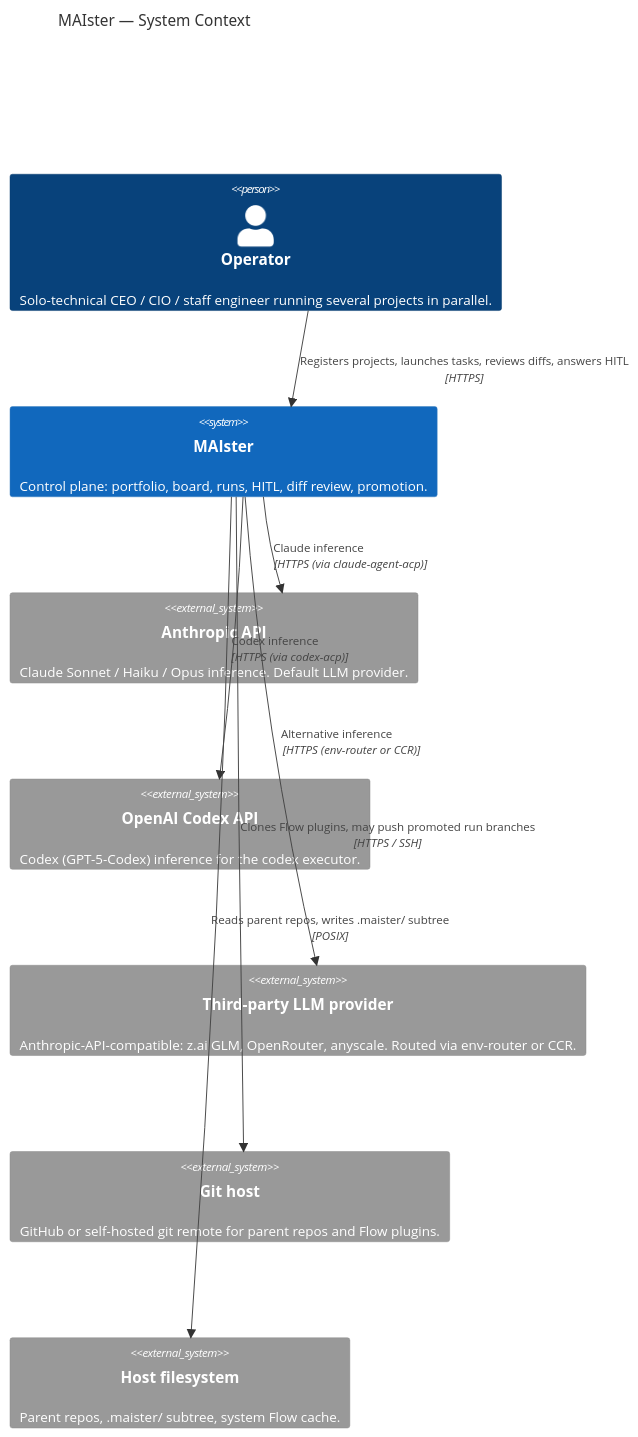
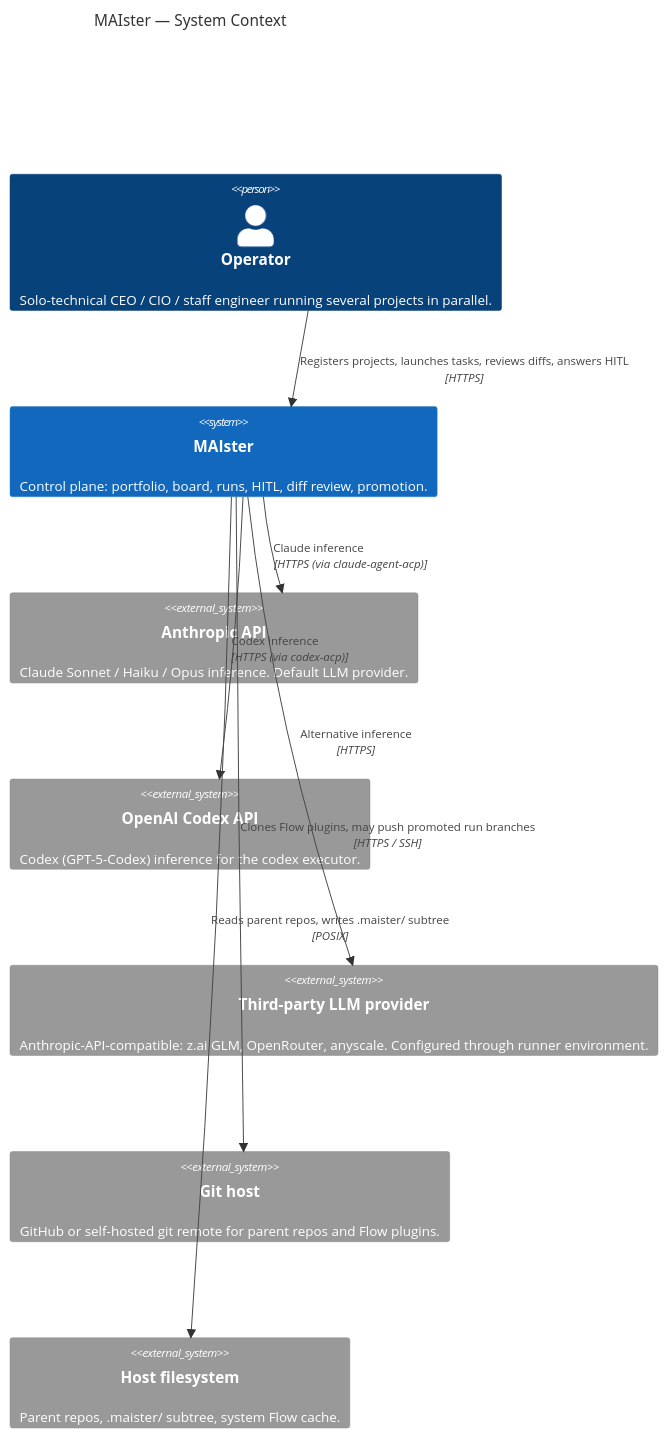
One commit to maister-dev/maister changed the first of 7 diagrams in docs/architecture.md. Above: the diagram before and after it, drawn with Mermaid. The commit also changed other lines of this file and 228 other files, not shown here.

````diff
--- a/docs/architecture.md
+++ b/docs/architecture.md
@@ -23,21 +23,21 @@
 ```mermaid
 C4Context
     title MAIster — System Context
 
     Person(operator, "Operator", "Solo-technical CEO / CIO / staff engineer running several projects in parallel.")
 
     System(maister, "MAIster", "Control plane: portfolio, board, runs, HITL, diff review, promotion.")
 
     System_Ext(anthropic, "Anthropic API", "Claude Sonnet / Haiku / Opus inference. Default LLM provider.")
     System_Ext(openai, "OpenAI Codex API", "Codex (GPT-5-Codex) inference for the codex executor.")
-    System_Ext(thirdparty, "Third-party LLM provider", "Anthropic-API-compatible: z.ai GLM, OpenRouter, anyscale. Routed via env-router or CCR.")
+    System_Ext(thirdparty, "Third-party LLM provider", "Anthropic-API-compatible: z.ai GLM, OpenRouter, anyscale. Configured through runner environment.")
     System_Ext(git, "Git host", "GitHub or self-hosted git remote for parent repos and Flow plugins.")
     System_Ext(fs, "Host filesystem", "Parent repos, .maister/ subtree, system Flow cache.")
 
     Rel(operator, maister, "Registers projects, launches tasks, reviews diffs, answers HITL", "HTTPS")
     Rel(maister, anthropic, "Claude inference", "HTTPS (via claude-agent-acp)")
     Rel(maister, openai, "Codex inference", "HTTPS (via codex-acp)")
-    Rel(maister, thirdparty, "Alternative inference", "HTTPS (env-router or CCR)")
+    Rel(maister, thirdparty, "Alternative inference", "HTTPS")
     Rel(maister, git, "Clones Flow plugins, may push promoted run branches", "HTTPS / SSH")
     Rel(maister, fs, "Reads parent repos, writes .maister/ subtree", "POSIX")
 ```
````
